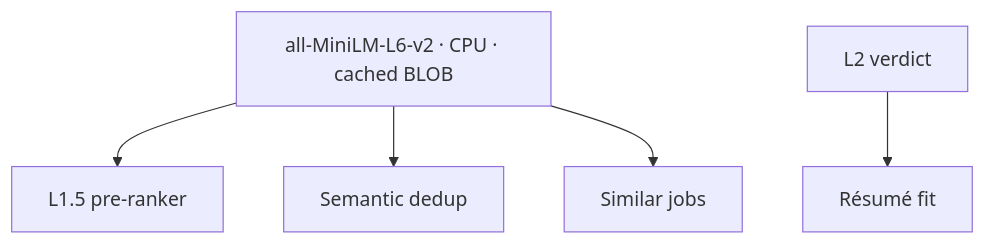
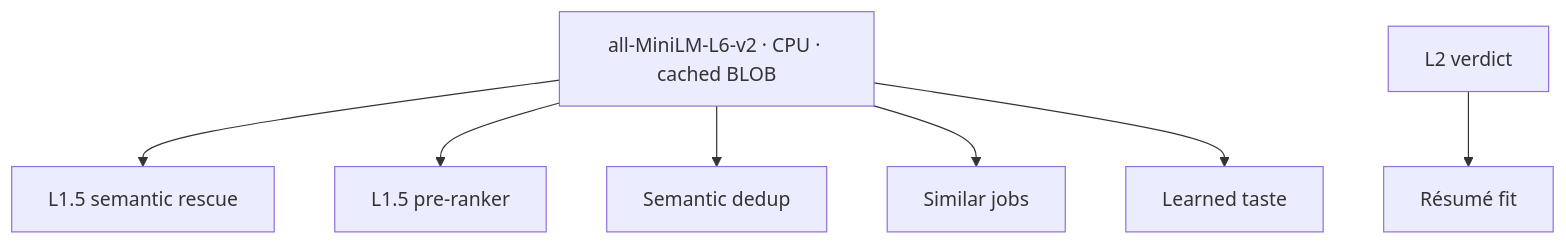
One commit to noobiethe13/lantern changed the diagram in docs/intelligence.md. Above: the diagram before and after it, drawn with Mermaid. The commit also changed other lines of this file and 127 other files, not shown here.

````diff
--- a/docs/intelligence.md
+++ b/docs/intelligence.md
@@ -22,7 +22,9 @@
 ```mermaid
 flowchart TD
-    EMB["all-MiniLM-L6-v2 · CPU · cached BLOB"] --> PRE["L1.5 pre-ranker"]
+    EMB["all-MiniLM-L6-v2 · CPU · cached BLOB"] --> RES["L1.5 semantic rescue"]
+    EMB --> PRE["L1.5 pre-ranker"]
     EMB --> DEDUP["Semantic dedup"]
     EMB --> SIM["Similar jobs"]
+    EMB --> TASTE["Learned taste"]
     L2["L2 verdict"] --> FIT["Résumé fit"]
 ```
````
